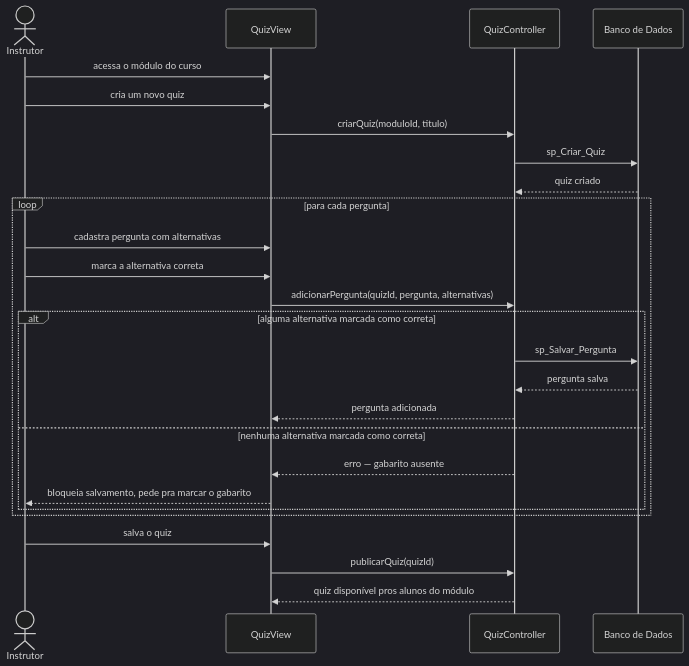
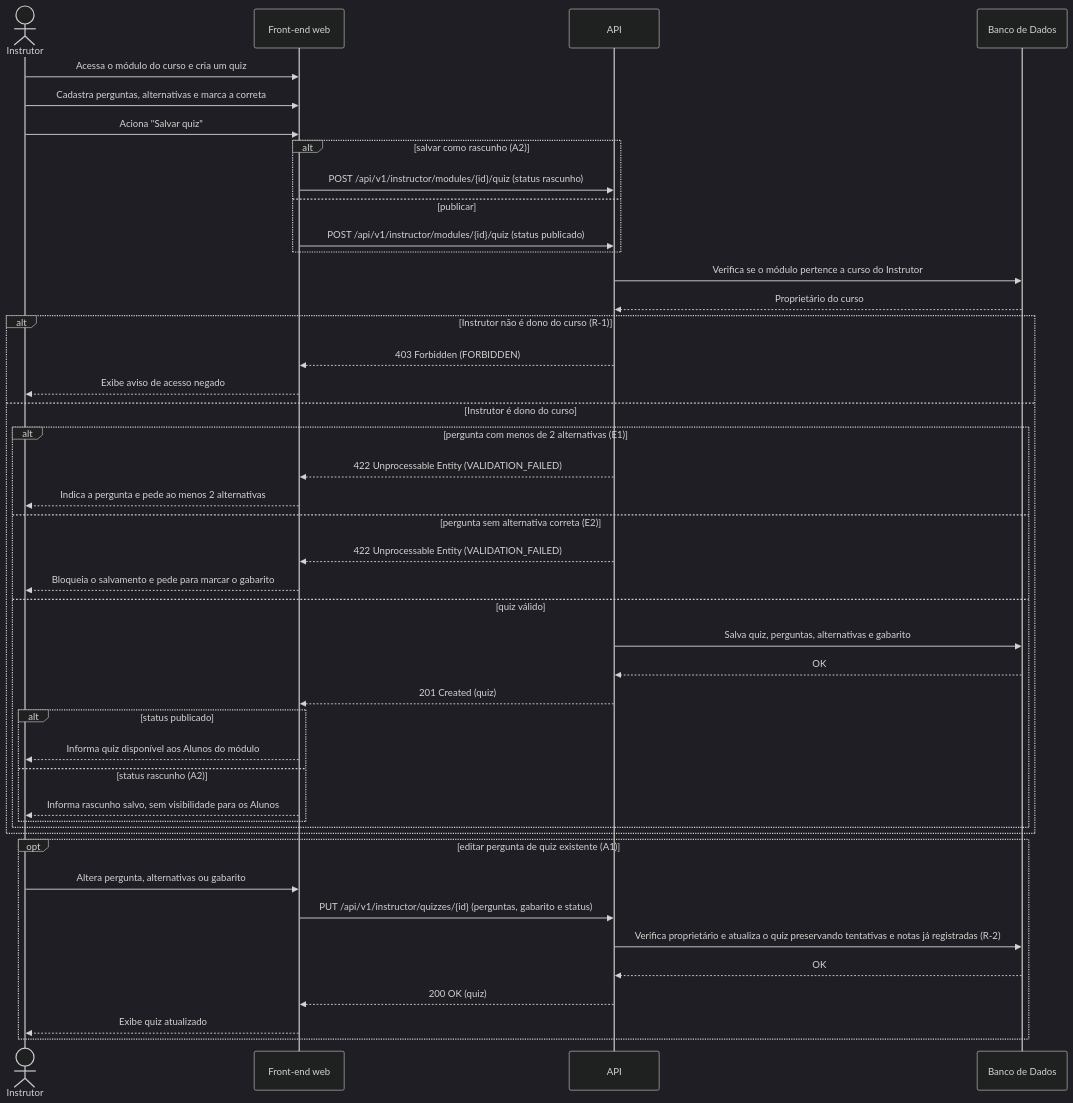
The diagram in docs/ssd/UC004-cadastrar-quiz-com-gabarito.md (Plataforma-de-Cursos-TCC/plataforma-cursos-docs), drawn with Mermaid (dark theme) before and after one commit. The commit also changed other lines of this file and 25 other files, not shown here.

````diff
--- a/docs/ssd/UC004-cadastrar-quiz-com-gabarito.md
+++ b/docs/ssd/UC004-cadastrar-quiz-com-gabarito.md
@@ -5,29 +5,47 @@
 ```mermaid
 sequenceDiagram
     actor Instrutor
-    participant QuizView
-    participant QuizController
-    participant Banco de Dados
+    participant FE as Front-end web
+    participant API
+    participant DB as Banco de Dados
 
-    Instrutor->>QuizView: acessa o módulo do curso
-    Instrutor->>QuizView: cria um novo quiz
-    QuizView->>QuizController: criarQuiz(moduloId, titulo)
-    QuizController->>Banco de Dados: sp_Criar_Quiz
-    Banco de Dados-->>QuizController: quiz criado
-    loop para cada pergunta
-        Instrutor->>QuizView: cadastra pergunta com alternativas
-        Instrutor->>QuizView: marca a alternativa correta
-        QuizView->>QuizController: adicionarPergunta(quizId, pergunta, alternativas)
-        alt alguma alternativa marcada como correta
-            QuizController->>Banco de Dados: sp_Salvar_Pergunta
-            Banco de Dados-->>QuizController: pergunta salva
-            QuizController-->>QuizView: pergunta adicionada
-        else nenhuma alternativa marcada como correta
-            QuizController-->>QuizView: erro — gabarito ausente
-            QuizView-->>Instrutor: bloqueia salvamento, pede pra marcar o gabarito
+    Instrutor->>FE: Acessa o módulo do curso e cria um quiz
+    Instrutor->>FE: Cadastra perguntas, alternativas e marca a correta
+    Instrutor->>FE: Aciona "Salvar quiz"
+    alt salvar como rascunho (A2)
+        FE->>API: POST /api/v1/instructor/modules/{id}/quiz (status rascunho)
+    else publicar
+        FE->>API: POST /api/v1/instructor/modules/{id}/quiz (status publicado)
+    end
+    API->>DB: Verifica se o módulo pertence a curso do Instrutor
+    DB-->>API: Proprietário do curso
+    alt Instrutor não é dono do curso (R-1)
+        API-->>FE: 403 Forbidden (FORBIDDEN)
+        FE-->>Instrutor: Exibe aviso de acesso negado
+    else Instrutor é dono do curso
+        alt pergunta com menos de 2 alternativas (E1)
+            API-->>FE: 422 Unprocessable Entity (VALIDATION_FAILED)
+            FE-->>Instrutor: Indica a pergunta e pede ao menos 2 alternativas
+        else pergunta sem alternativa correta (E2)
+            API-->>FE: 422 Unprocessable Entity (VALIDATION_FAILED)
+            FE-->>Instrutor: Bloqueia o salvamento e pede para marcar o gabarito
+        else quiz válido
+            API->>DB: Salva quiz, perguntas, alternativas e gabarito
+            DB-->>API: OK
+            API-->>FE: 201 Created (quiz)
+            alt status publicado
+                FE-->>Instrutor: Informa quiz disponível aos Alunos do módulo
+            else status rascunho (A2)
+                FE-->>Instrutor: Informa rascunho salvo, sem visibilidade para os Alunos
+            end
         end
     end
-    Instrutor->>QuizView: salva o quiz
-    QuizView->>QuizController: publicarQuiz(quizId)
-    QuizController-->>QuizView: quiz disponível pros alunos do módulo
+    opt editar pergunta de quiz existente (A1)
+        Instrutor->>FE: Altera pergunta, alternativas ou gabarito
+        FE->>API: PUT /api/v1/instructor/quizzes/{id} (perguntas, gabarito e status)
+        API->>DB: Verifica proprietário e atualiza o quiz preservando tentativas e notas já registradas (R-2)
+        DB-->>API: OK
+        API-->>FE: 200 OK (quiz)
+        FE-->>Instrutor: Exibe quiz atualizado
+    end
 ```
````
